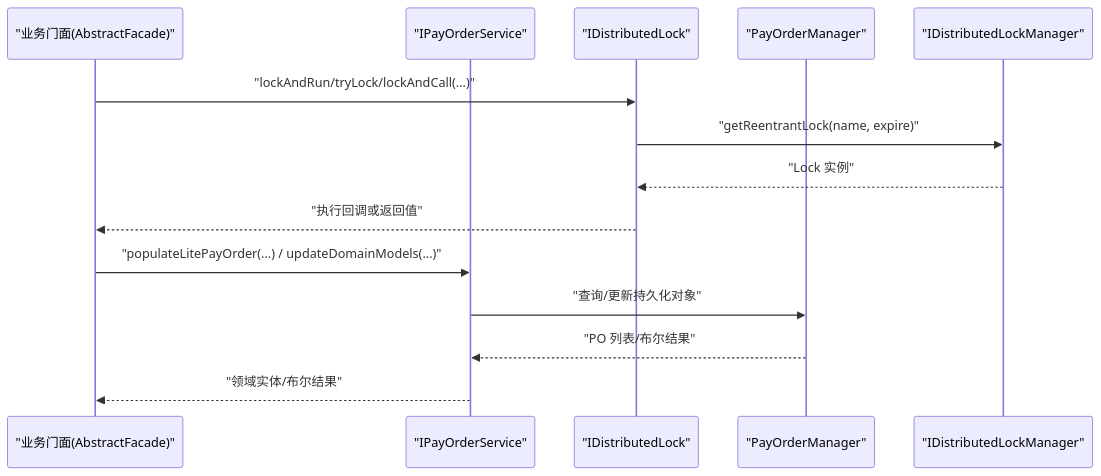
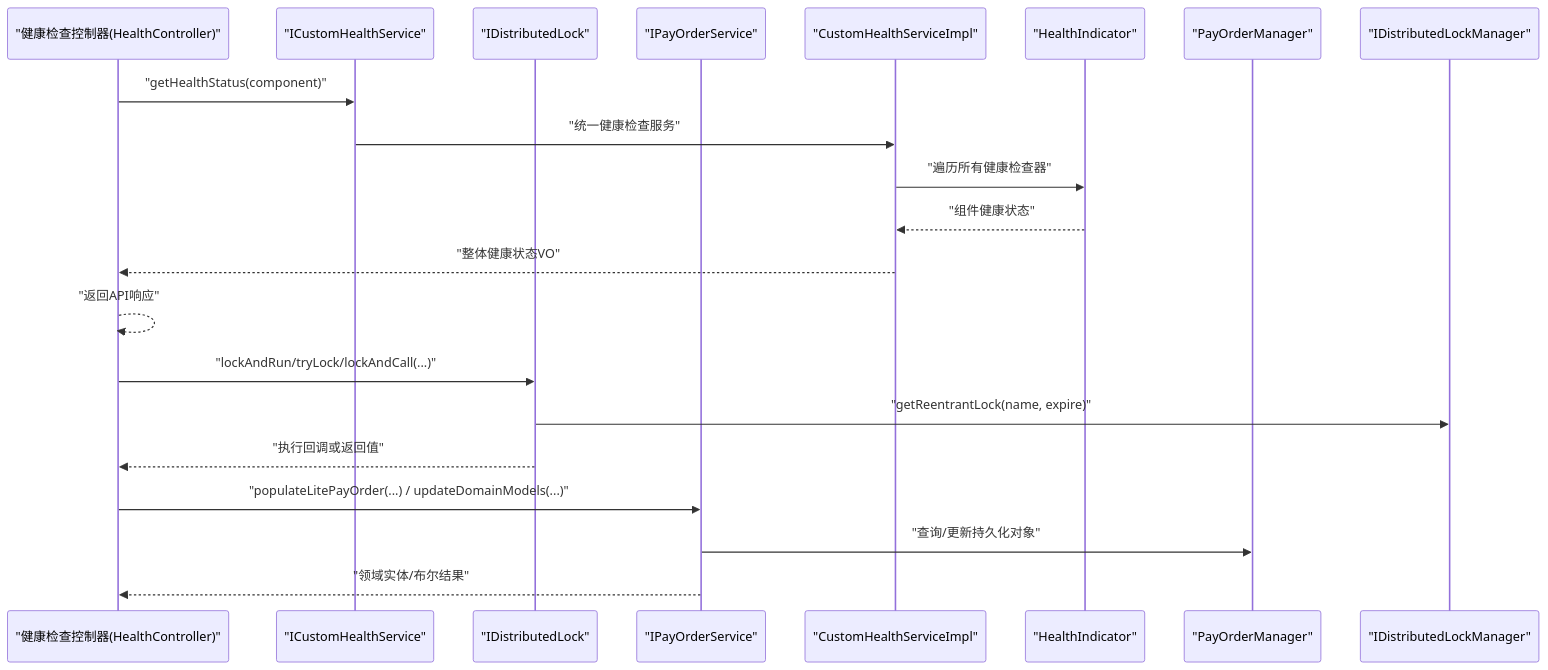
The second of 6 diagrams in .qoder/repowiki/zh/content/核心模块详解/核心服务层/服务接口设计.md (magicliang/domain-driven-transaction-sys), drawn with Mermaid before and after one commit. The commit also changed other lines of this file and 7 other files, not shown here.

````diff
--- a/.qoder/repowiki/zh/content/核心模块详解/核心服务层/服务接口设计.md
+++ b/.qoder/repowiki/zh/content/核心模块详解/核心服务层/服务接口设计.md
@@ -98,16 +131,23 @@
 ```mermaid
 sequenceDiagram
-participant Facade as "业务门面(AbstractFacade)"
+participant Controller as "健康检查控制器(HealthController)"
+participant HealthSvc as "ICustomHealthService"
+participant DistLock as "IDistributedLock"
 participant PaySvc as "IPayOrderService"
-participant DistLock as "IDistributedLock"
+participant HealthImpl as "CustomHealthServiceImpl"
+participant Indicator as "HealthIndicator"
 participant PayMgr as "PayOrderManager"
 participant DistMgr as "IDistributedLockManager"
-Facade->>DistLock : "lockAndRun/tryLock/lockAndCall(...)"
+Controller->>HealthSvc : "getHealthStatus(component)"
+HealthSvc->>HealthImpl : "统一健康检查服务"
+HealthImpl->>Indicator : "遍历所有健康检查器"
+Indicator-->>HealthImpl : "组件健康状态"
+HealthImpl-->>Controller : "整体健康状态VO"
+Controller-->>Controller : "返回API响应"
+Controller->>DistLock : "lockAndRun/tryLock/lockAndCall(...)"
 DistLock->>DistMgr : "getReentrantLock(name, expire)"
-DistMgr-->>DistLock : "Lock 实例"
-DistLock-->>Facade : "执行回调或返回值"
-Facade->>PaySvc : "populateLitePayOrder(...) / updateDomainModels(...)"
+DistLock-->>Controller : "执行回调或返回值"
+Controller->>PaySvc : "populateLitePayOrder(...) / updateDomainModels(...)"
 PaySvc->>PayMgr : "查询/更新持久化对象"
-PayMgr-->>PaySvc : "PO 列表/布尔结果"
-PaySvc-->>Facade : "领域实体/布尔结果"
+PaySvc-->>Controller : "领域实体/布尔结果"
 ```
````
